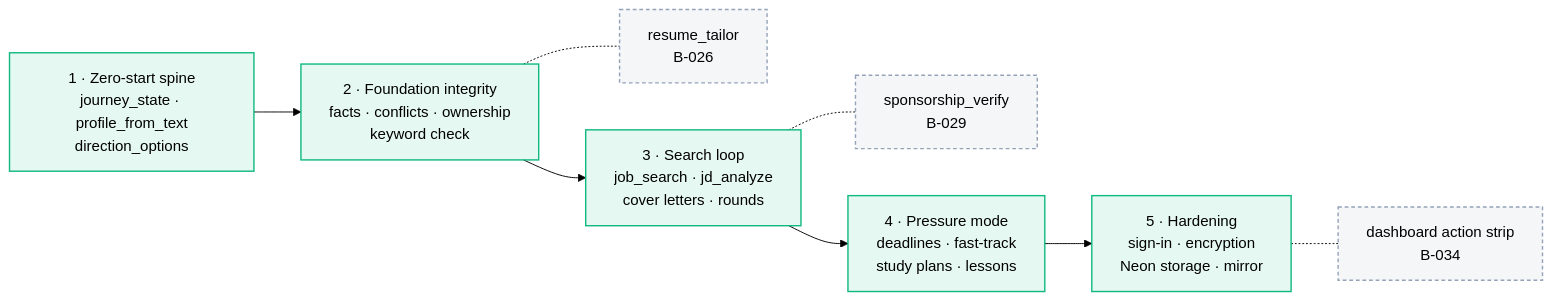
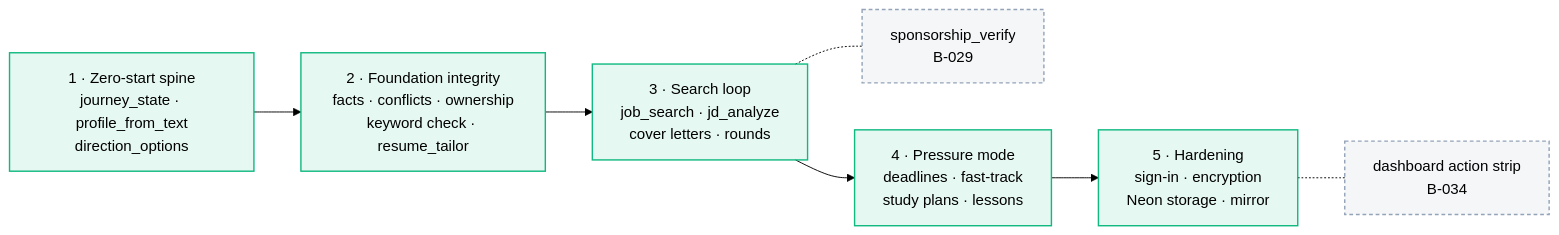
The diagram in docs/SPEC.md (TusharSamantaray/career-copilot-mcp), drawn with Mermaid (forest theme) before and after one commit. The commit also changed other lines of this file and 10 other files, not shown here.

First line of the commit message:
feat: resume_tailor with fact-backed guardrails

````diff
--- a/docs/SPEC.md
+++ b/docs/SPEC.md
@@ -121,19 +121,17 @@
 ```mermaid
 flowchart LR
   classDef built fill:#10B9811A,stroke:#10B981,stroke-width:1.5px
   classDef pending fill:#94A3B81A,stroke:#94A3B8,stroke-width:1.5px,stroke-dasharray:4 3
 
   s1["1 · Zero-start spine<br/>journey_state · profile_from_text<br/>direction_options"]:::built
-  s2["2 · Foundation integrity<br/>facts · conflicts · ownership<br/>keyword check"]:::built
-  s2o["resume_tailor<br/>B-026"]:::pending
+  s2["2 · Foundation integrity<br/>facts · conflicts · ownership<br/>keyword check · resume_tailor"]:::built
   s3["3 · Search loop<br/>job_search · jd_analyze<br/>cover letters · rounds"]:::built
   s3o["sponsorship_verify<br/>B-029"]:::pending
   s4["4 · Pressure mode<br/>deadlines · fast-track<br/>study plans · lessons"]:::built
   s5["5 · Hardening<br/>sign-in · encryption<br/>Neon storage · mirror"]:::built
   s5o["dashboard action strip<br/>B-034"]:::pending
 
   s1 --> s2 --> s3 --> s4 --> s5
-  s2 -.- s2o
   s3 -.- s3o
   s5 -.- s5o
 ```
````
